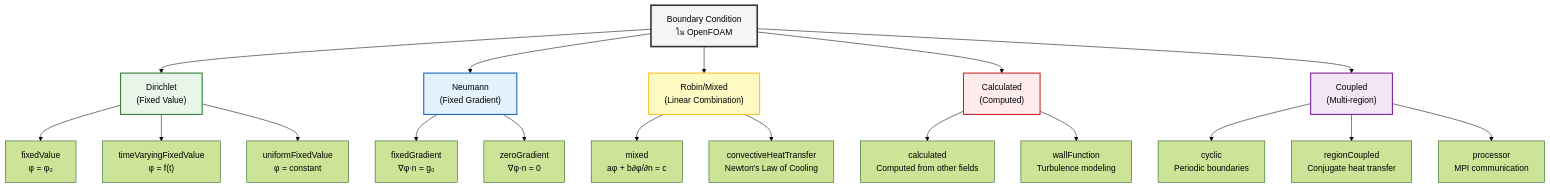
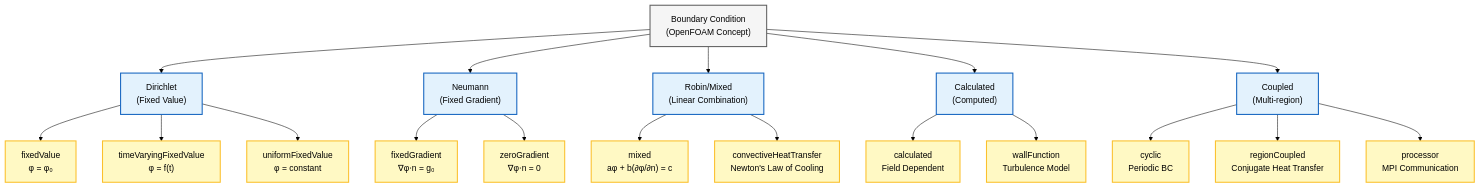
Before and after one commit to wramet/build-my-cfd: the first of 11 diagrams in MODULE_01_CFD_FUNDAMENTALS/CONTENT/03_BOUNDARY_CONDITIONS/02_Fundamental_Classification.md, drawn with Mermaid (forest theme). The commit also changed other lines of this file and 313 other files, not shown here.

Commit message:
Revise all diagram

````diff
--- a/MODULE_01_CFD_FUNDAMENTALS/CONTENT/03_BOUNDARY_CONDITIONS/02_Fundamental_Classification.md
+++ b/MODULE_01_CFD_FUNDAMENTALS/CONTENT/03_BOUNDARY_CONDITIONS/02_Fundamental_Classification.md
@@ -11,32 +11,29 @@
 ```mermaid
 graph TD
-    A["Boundary Condition<br/>ใน OpenFOAM"] --> B["Dirichlet<br/>(Fixed Value)"]
-    A --> C["Neumann<br/>(Fixed Gradient)"]
-    A --> D["Robin/Mixed<br/>(Linear Combination)"]
-    A --> E["Calculated<br/>(Computed)"]
-    A --> F["Coupled<br/>(Multi-region)"]
+A["Boundary Condition<br/>(OpenFOAM Concept)"]:::context --> B["Dirichlet<br/>(Fixed Value)"]:::implicit
+A --> C["Neumann<br/>(Fixed Gradient)"]:::implicit
+A --> D["Robin/Mixed<br/>(Linear Combination)"]:::implicit
+A --> E["Calculated<br/>(Computed)"]:::implicit
+A --> F["Coupled<br/>(Multi-region)"]:::implicit
 
-    B --> B1["fixedValue<br/>φ = φ₀"]
-    B --> B2["timeVaryingFixedValue<br/>φ = f(t)"]
-    B --> B3["uniformFixedValue<br/>φ = constant"]
+B --> B1["fixedValue<br/>φ = φ₀"]:::explicit
+B --> B2["timeVaryingFixedValue<br/>φ = f(t)"]:::explicit
+B --> B3["uniformFixedValue<br/>φ = constant"]:::explicit
 
-    C --> C1["fixedGradient<br/>∇φ⋅n = g₀"]
-    C --> C2["zeroGradient<br/>∇φ⋅n = 0"]
+C --> C1["fixedGradient<br/>∇φ⋅n = g₀"]:::explicit
+C --> C2["zeroGradient<br/>∇φ⋅n = 0"]:::explicit
 
-    D --> D1["mixed<br/>aφ + b∂φ/∂n = c"]
-    D --> D2["convectiveHeatTransfer<br/>Newton's Law of Cooling"]
+D --> D1["mixed<br/>aφ + b(∂φ/∂n) = c"]:::explicit
+D --> D2["convectiveHeatTransfer<br/>Newton's Law of Cooling"]:::explicit
 
-    E --> E1["calculated<br/>Computed from other fields"]
-    E --> E2["wallFunction<br/>Turbulence modeling"]
+E --> E1["calculated<br/>Field Dependent"]:::explicit
+E --> E2["wallFunction<br/>Turbulence Model"]:::explicit
 
-    F --> F1["cyclic<br/>Periodic boundaries"]
-    F --> F2["regionCoupled<br/>Conjugate heat transfer"]
-    F --> F3["processor<br/>MPI communication"]
+F --> F1["cyclic<br/>Periodic BC"]:::explicit
+F --> F2["regionCoupled<br/>Conjugate Heat Transfer"]:::explicit
+F --> F3["processor<br/>MPI Communication"]:::explicit
 
-    style A fill:#f5f5f5,stroke:#333,stroke-width:3px,color:#000
-    style B fill:#e8f5e9,stroke:#2e7d32,stroke-width:2px,color:#000
-    style C fill:#e3f2fd,stroke:#1565c0,stroke-width:2px,color:#000
-    style D fill:#fff9c4,stroke:#fbc02d,stroke-width:2px,color:#000
-    style E fill:#ffebee,stroke:#c62828,stroke-width:2px,color:#000
-    style F fill:#f3e5f5,stroke:#7b1fa2,stroke-width:2px,color:#000
+classDef context fill:#f5f5f5,stroke:#616161,stroke-width:2px,color:#000;
+classDef implicit fill:#e3f2fd,stroke:#1565c0,stroke-width:2px,color:#000;
+classDef explicit fill:#fff9c4,stroke:#fbc02d,stroke-width:2px,color:#000;
 ```
````
